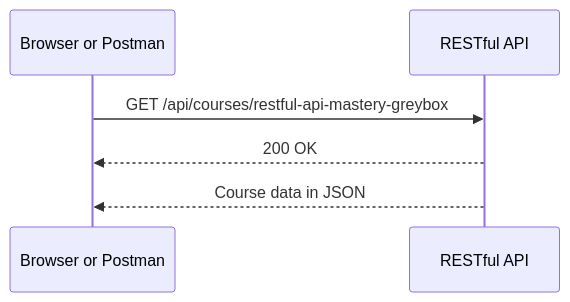
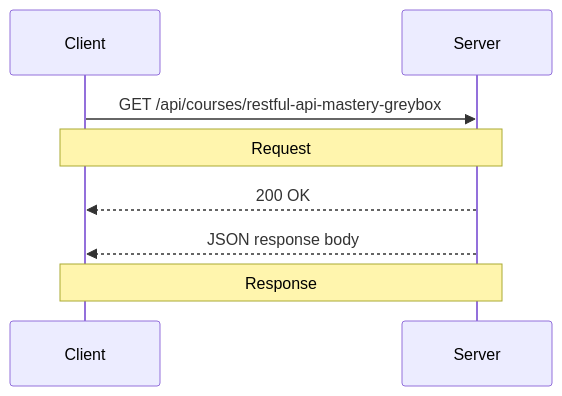
The second of 6 diagrams in module-0-1/README.md (reltronersk/skill-wanderer-progress-documentation), drawn with Mermaid before and after one commit. The commit also changed other lines of this file, not shown here.

````diff
--- a/module-0-1/README.md
+++ b/module-0-1/README.md
@@ -244,9 +237,11 @@
 ```mermaid
 sequenceDiagram
-    participant Client as Browser or Postman
-    participant API as RESTful API
+    participant C as Client
+    participant S as Server
 
-    Client->>API: GET /api/courses/restful-api-mastery-greybox
-    API-->>Client: 200 OK
-    API-->>Client: Course data in JSON
+    C->>S: GET /api/courses/restful-api-mastery-greybox
+    Note over C,S: Request
+    S-->>C: 200 OK
+    S-->>C: JSON response body
+    Note over C,S: Response
 ```
````
